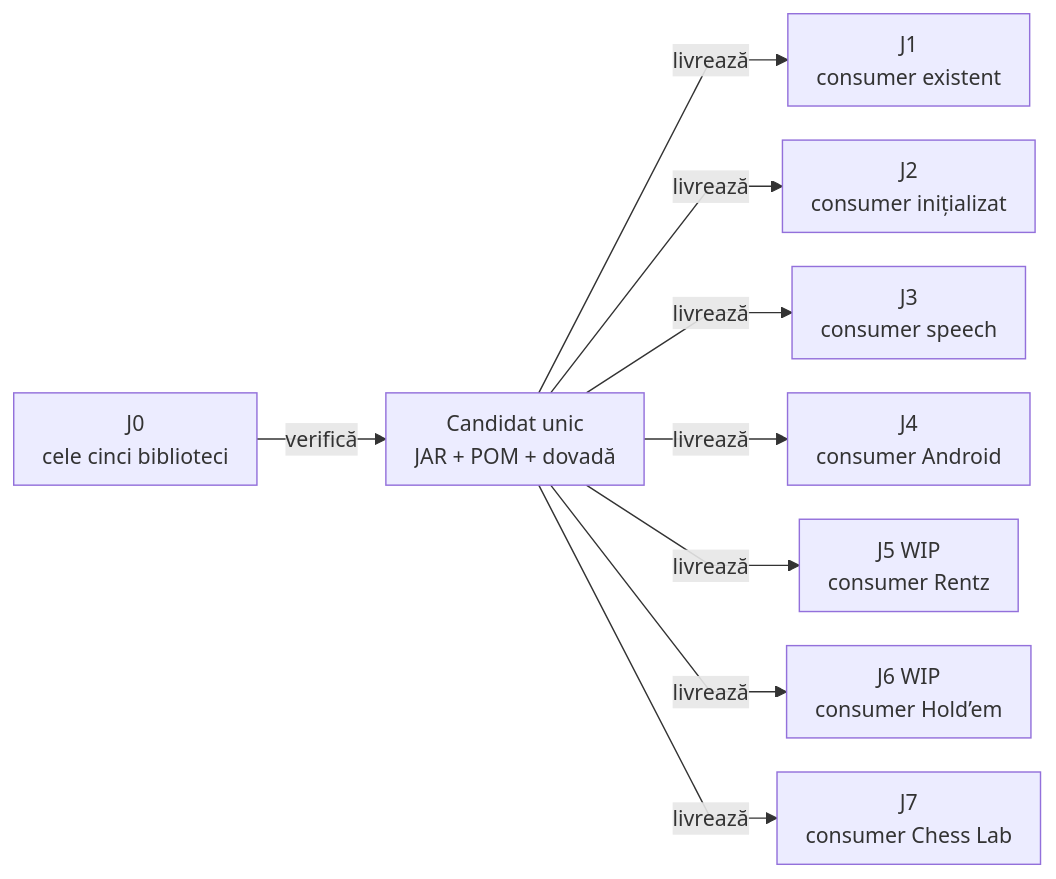
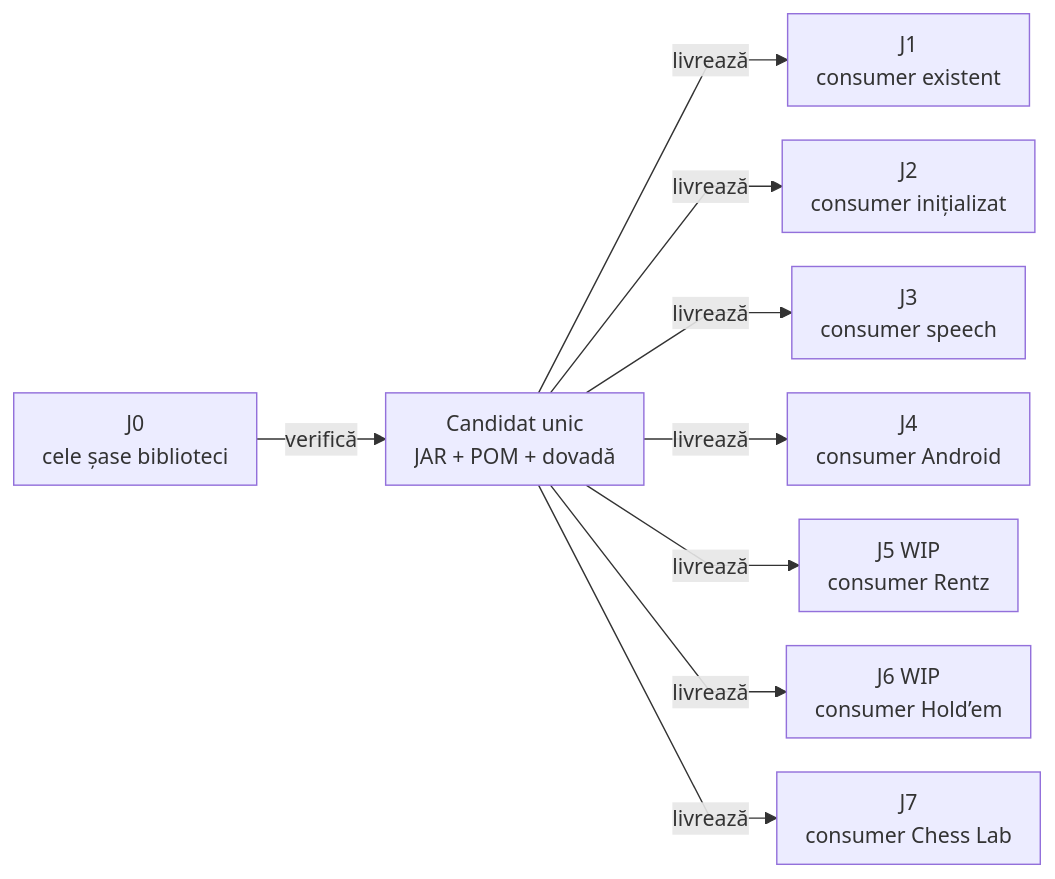
The first of 3 diagrams in docs/ATF_Workspace_Synchronization.md (crististefanita/atf_j0), drawn with Mermaid before and after one commit. The commit also changed other lines of this file and 30 other files, not shown here.

````diff
--- a/docs/ATF_Workspace_Synchronization.md
+++ b/docs/ATF_Workspace_Synchronization.md
@@ -32,12 +32,12 @@
 ```mermaid
 %%{init: {"themeVariables":{"fontSize":"15px"},"themeCSS":".nodeLabel, .nodeLabel p { font-size: 15px !important; line-height: 1.35 !important; } .edgeLabel, .edgeLabel p { font-size: 12px !important; font-weight: 400 !important; line-height: 1.2 !important; } .edgeLabel .labelBkg, .edgeLabel p { background: transparent !important; } .edgeLabel foreignObject { transform: translateY(-18px); overflow: visible; } .node rect { rx: 6px; ry: 6px; }","flowchart":{"curve":"linear","nodeSpacing":24,"rankSpacing":40,"padding":10,"diagramPadding":16}}}%%
 flowchart LR
-    Source["J0<br/>cele cinci biblioteci"] -->|verifică| Candidate["Candidat unic<br/>JAR + POM + dovadă"]
+    Source["J0<br/>cele șase biblioteci"] -->|verifică| Candidate["Candidat unic<br/>JAR + POM + dovadă"]
     Candidate -->|livrează| J1["J1<br/>consumer existent"]
     Candidate -->|livrează| J2["J2<br/>consumer inițializat"]
     Candidate -->|livrează| J3["J3<br/>consumer speech"]
     Candidate -->|livrează| J4["J4<br/>consumer Android"]
     Candidate -->|livrează| J5["J5 WIP<br/>consumer Rentz"]
     Candidate -->|livrează| J6["J6 WIP<br/>consumer Hold’em"]
     Candidate -->|livrează| J7["J7<br/>consumer Chess Lab"]
 ```
````
